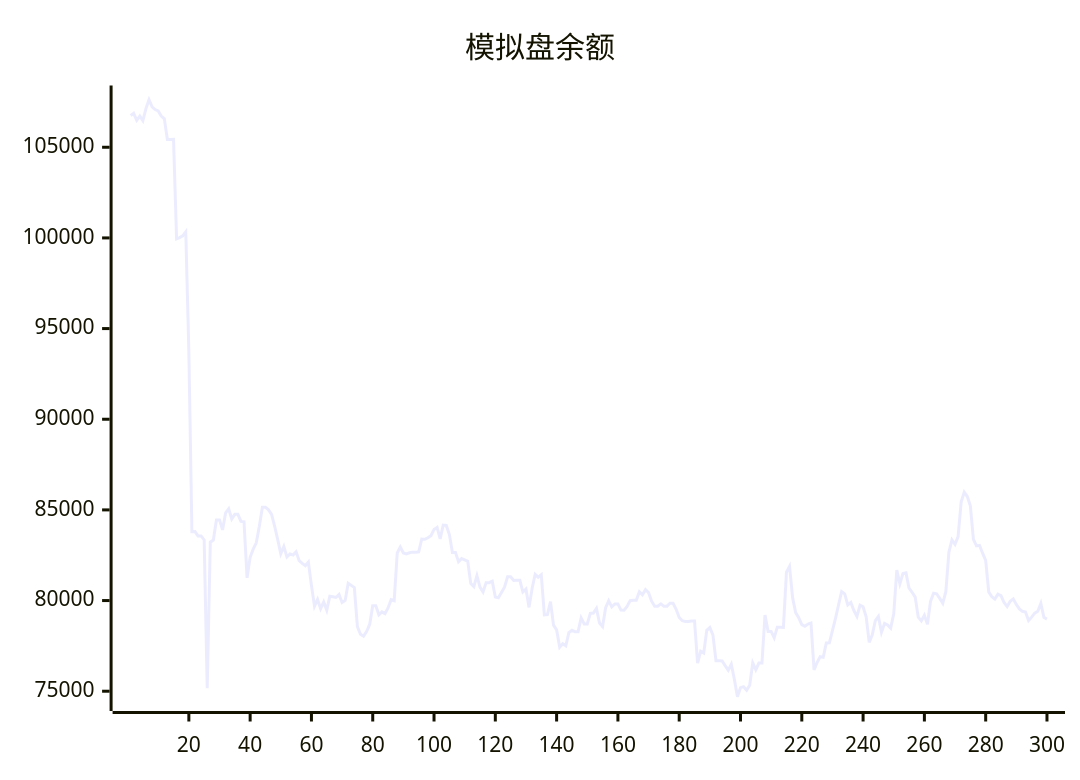
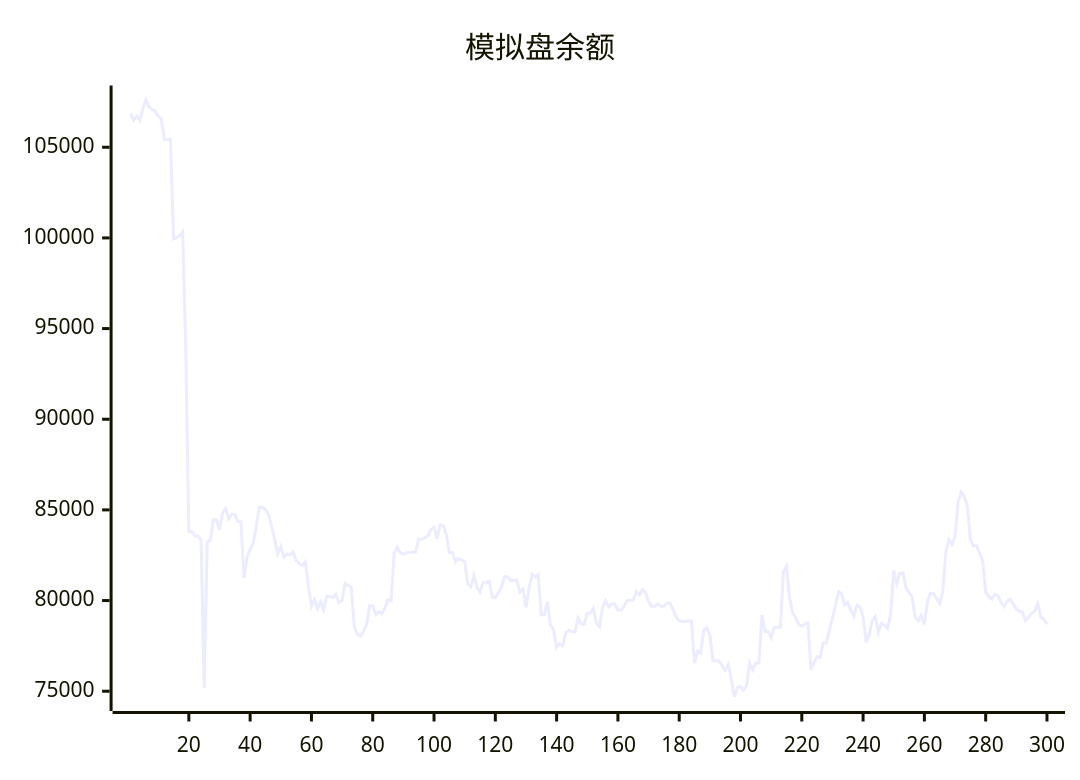
The diagram in README.md (aahl/ai-trading), drawn with Mermaid before and after one commit. The commit also changed other lines of this file and 1 other file, not shown here.

````diff
--- a/README.md
+++ b/README.md
@@ -5,5 +5,5 @@
 ```mermaid
 xychart
     title "模拟盘余额"
-    line [106748,106872,106485,106721,106468,107132,107620,107224,107080,107001,106717,106567,105431,105431,105440,99950,100017,100113,100337,93749,83795,83807,83567,83567,83342,75168,83222,83336,84448,84449,83896,84839,85065,84499,84757,84757,84364,84347,81254,82385,82835,83184,84099,85150,85150,85002,84751,84096,83356,82582,82983,82404,82572,82512,82688,82200,82047,81920,82125,80840,79688,80060,79552,79920,79470,80236,80208,80170,80336,79894,80006,80954,80837,80712,78561,78139,78037,78293,78682,79720,79720,79214,79372,79279,79591,80046,79993,82625,82950,82626,82571,82633,82670,82670,82681,83386,83378,83464,83579,83920,84037,83402,84160,84142,83652,82655,82655,82145,82315,82243,82163,80934,80770,81371,80742,80468,80989,80989,81067,80191,80155,80450,80737,81309,81309,81106,81119,81119,80471,80631,79624,80670,81448,81290,81429,79212,79222,79940,78643,78380,77432,77623,77504,78235,78358,78284,78277,79048,78714,78714,79290,79308,79567,78763,78563,79603,79988,79652,79813,79813,79476,79469,79673,79995,80015,80015,80486,80314,80600,80436,79966,79689,79689,79819,79692,79692,79850,79850,79518,79071,78889,78850,78850,78878,78878,76554,77202,77103,78357,78510,78106,76678,76677,76672,76411,76159,76485,75656,74695,75197,75246,75052,75334,76564,76179,76553,76551,79196,78300,78300,77944,78531,78531,78521,81564,81884,80160,79335,79055,78675,78580,78708,78764,76179,76586,76902,76876,77658,77669,78346,79023,79769,80497,80366,79761,79896,79448,79126,79749,79658,79097,77695,78114,78888,79126,78249,78738,78653,78478,79271,81680,80923,81488,81527,80681,80455,80190,79084,78879,79193,78686,79954,80403,80374,80118,79848,80491,82665,83351,83098,83525,85430,85983,85737,85221,83378,83014,83043,82613,82216,80477,80208,80081,80348,80277,79894,79670,79965,80093,79786,79542,79406,79371,78893,79087,79304,79406,79841,79072,78978]
+    line [106872,106485,106721,106468,107132,107620,107224,107080,107001,106717,106567,105431,105431,105440,99950,100017,100113,100337,93749,83795,83807,83567,83567,83342,75168,83222,83336,84448,84449,83896,84839,85065,84499,84757,84757,84364,84347,81254,82385,82835,83184,84099,85150,85150,85002,84751,84096,83356,82582,82983,82404,82572,82512,82688,82200,82047,81920,82125,80840,79688,80060,79552,79920,79470,80236,80208,80170,80336,79894,80006,80954,80837,80712,78561,78139,78037,78293,78682,79720,79720,79214,79372,79279,79591,80046,79993,82625,82950,82626,82571,82633,82670,82670,82681,83386,83378,83464,83579,83920,84037,83402,84160,84142,83652,82655,82655,82145,82315,82243,82163,80934,80770,81371,80742,80468,80989,80989,81067,80191,80155,80450,80737,81309,81309,81106,81119,81119,80471,80631,79624,80670,81448,81290,81429,79212,79222,79940,78643,78380,77432,77623,77504,78235,78358,78284,78277,79048,78714,78714,79290,79308,79567,78763,78563,79603,79988,79652,79813,79813,79476,79469,79673,79995,80015,80015,80486,80314,80600,80436,79966,79689,79689,79819,79692,79692,79850,79850,79518,79071,78889,78850,78850,78878,78878,76554,77202,77103,78357,78510,78106,76678,76677,76672,76411,76159,76485,75656,74695,75197,75246,75052,75334,76564,76179,76553,76551,79196,78300,78300,77944,78531,78531,78521,81564,81884,80160,79335,79055,78675,78580,78708,78764,76179,76586,76902,76876,77658,77669,78346,79023,79769,80497,80366,79761,79896,79448,79126,79749,79658,79097,77695,78114,78888,79126,78249,78738,78653,78478,79271,81680,80923,81488,81527,80681,80455,80190,79084,78879,79193,78686,79954,80403,80374,80118,79848,80491,82665,83351,83098,83525,85430,85983,85737,85221,83378,83014,83043,82613,82216,80477,80208,80081,80348,80277,79894,79670,79965,80093,79786,79542,79406,79371,78893,79087,79304,79406,79841,79072,78978,78696]
 ```
````
